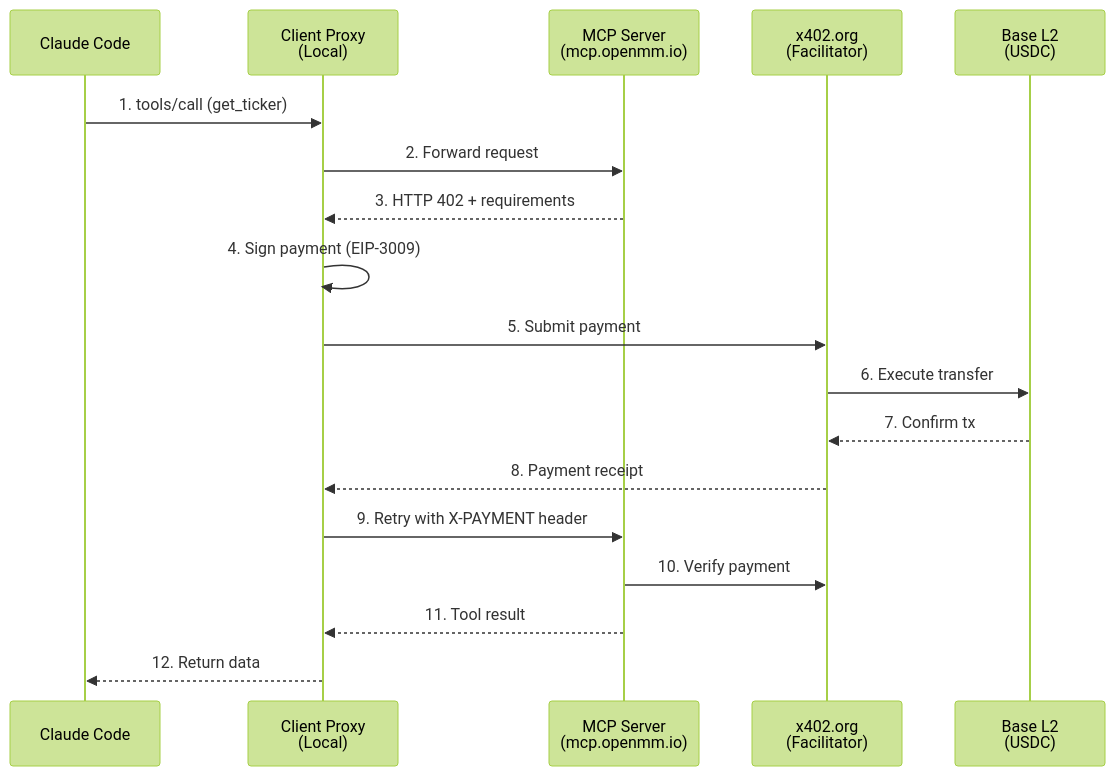
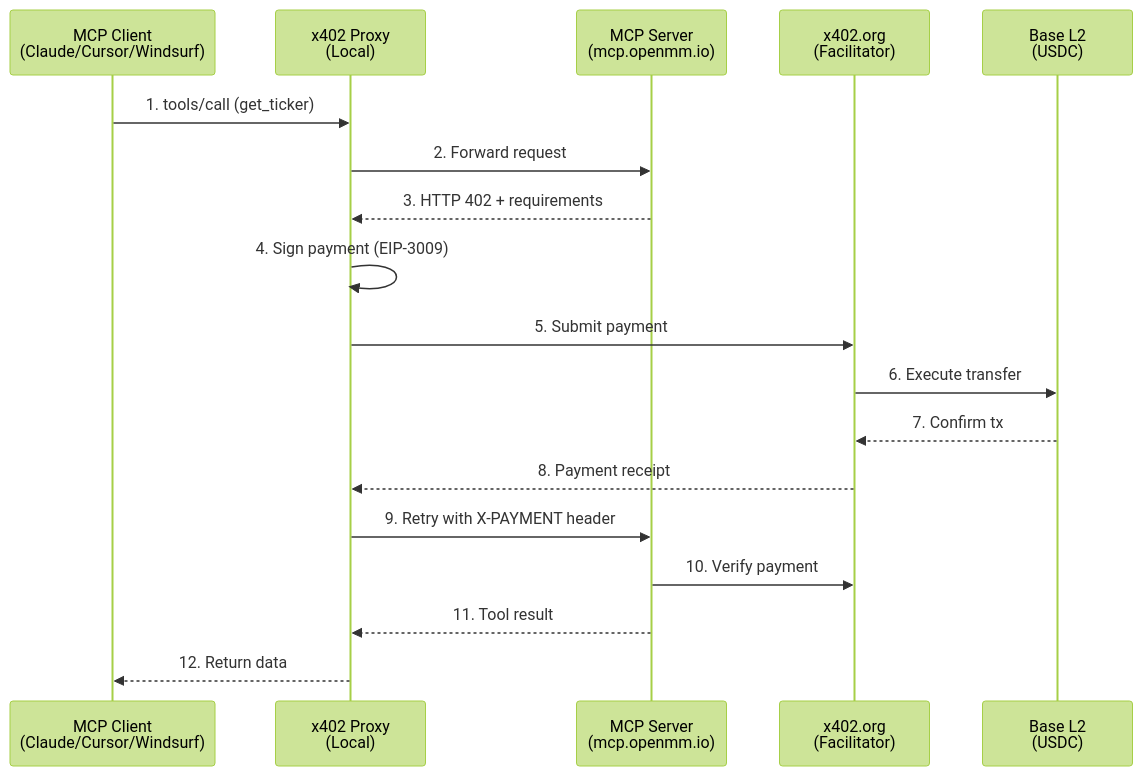
The diagram in README.md (QBT-Labs/x402), drawn with Mermaid (forest theme) before and after one commit. The commit also changed other lines of this file, not shown here.

First line of the commit message:
docs: add multi-client support (Claude Desktop, Cursor, Windsurf)

````diff
--- a/README.md
+++ b/README.md
@@ -12,21 +12,21 @@
 ```mermaid
 sequenceDiagram
-    participant Claude as Claude Code
-    participant Proxy as Client Proxy<br/>(Local)
+    participant Client as MCP Client<br/>(Claude/Cursor/Windsurf)
+    participant Proxy as x402 Proxy<br/>(Local)
     participant Server as MCP Server<br/>(mcp.openmm.io)
     participant Facilitator as x402.org<br/>(Facilitator)
     participant Chain as Base L2<br/>(USDC)
 
-    Claude->>Proxy: 1. tools/call (get_ticker)
+    Client->>Proxy: 1. tools/call (get_ticker)
     Proxy->>Server: 2. Forward request
     Server-->>Proxy: 3. HTTP 402 + requirements
     Proxy->>Proxy: 4. Sign payment (EIP-3009)
     Proxy->>Facilitator: 5. Submit payment
     Facilitator->>Chain: 6. Execute transfer
     Chain-->>Facilitator: 7. Confirm tx
     Facilitator-->>Proxy: 8. Payment receipt
     Proxy->>Server: 9. Retry with X-PAYMENT header
     Server->>Facilitator: 10. Verify payment
     Server-->>Proxy: 11. Tool result
-    Proxy-->>Claude: 12. Return data
+    Proxy-->>Client: 12. Return data
 ```
````
